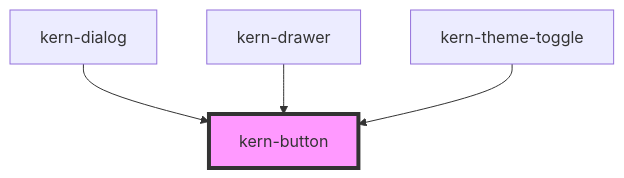
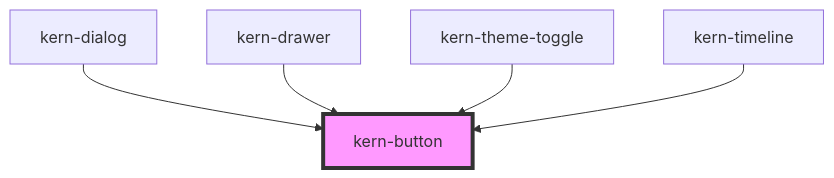
The diagram in src/components/kern-button/readme.md (yfridelance/kern), drawn with Mermaid before and after one commit. The commit also changed other lines of this file and 27 other files, not shown here.

First line of the commit message:
kern-timeline: Ereignisverlauf für Geräte, Updates und Verbindungen

````diff
--- a/src/components/kern-button/readme.md
+++ b/src/components/kern-button/readme.md
@@ -166,7 +167,8 @@
 ```mermaid
 graph TD;
   kern-dialog --> kern-button
   kern-drawer --> kern-button
   kern-theme-toggle --> kern-button
+  kern-timeline --> kern-button
   style kern-button fill:#f9f,stroke:#333,stroke-width:4px
 ```
````
